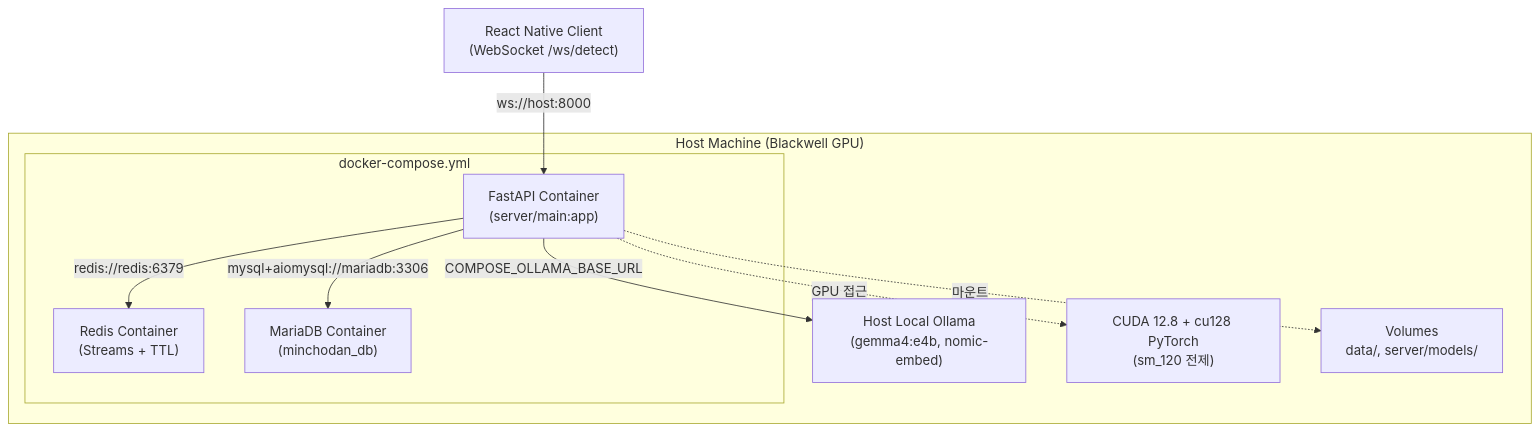
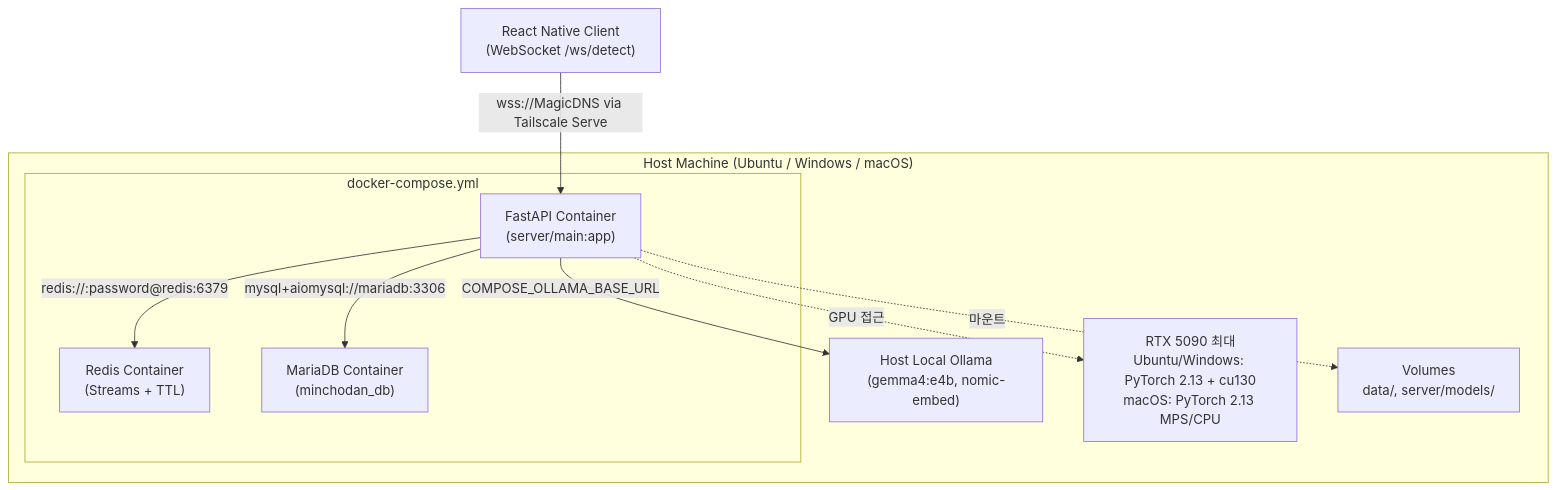
Before and after one commit to Groog-sudo/Minchodan: the diagram in docs/ops/deployment_guide.md, drawn with Mermaid. The commit also changed other lines of this file and 78 other files, not shown here.

````diff
--- a/docs/ops/deployment_guide.md
+++ b/docs/ops/deployment_guide.md
@@ -19,22 +19,22 @@
 ```mermaid
 graph TD
-    subgraph Host ["Host Machine (Blackwell GPU)"]
+    subgraph Host ["Host Machine (Ubuntu / Windows / macOS)"]
         subgraph Compose ["docker-compose.yml"]
             FastAPI["FastAPI Container<br/>(server/main:app)"]
             Redis["Redis Container<br/>(Streams + TTL)"]
             MariaDB["MariaDB Container<br/>(minchodan_db)"]
         end
         Ollama["Host Local Ollama<br/>(gemma4:e4b, nomic-embed)"]
-        GPU["CUDA 12.8 + cu128 PyTorch<br/>(sm_120 전제)"]
+        GPU["RTX 5090 최대<br/>Ubuntu/Windows: PyTorch 2.13 + cu130<br/>macOS: PyTorch 2.13 MPS/CPU"]
         Volumes["Volumes<br/>data/, server/models/"]
     end
 
     Client["React Native Client<br/>(WebSocket /ws/detect)"]
 
-    Client -->|"ws://host:8000"| FastAPI
-    FastAPI -->|"redis://redis:6379"| Redis
+    Client -->|"wss://MagicDNS via Tailscale Serve"| FastAPI
+    FastAPI -->|"redis://:password@redis:6379"| Redis
     FastAPI -->|"mysql+aiomysql://mariadb:3306"| MariaDB
     FastAPI -->|"COMPOSE_OLLAMA_BASE_URL"| Ollama
     FastAPI -.->|"GPU 접근"| GPU
     FastAPI -.->|"마운트"| Volumes
 ```
````
